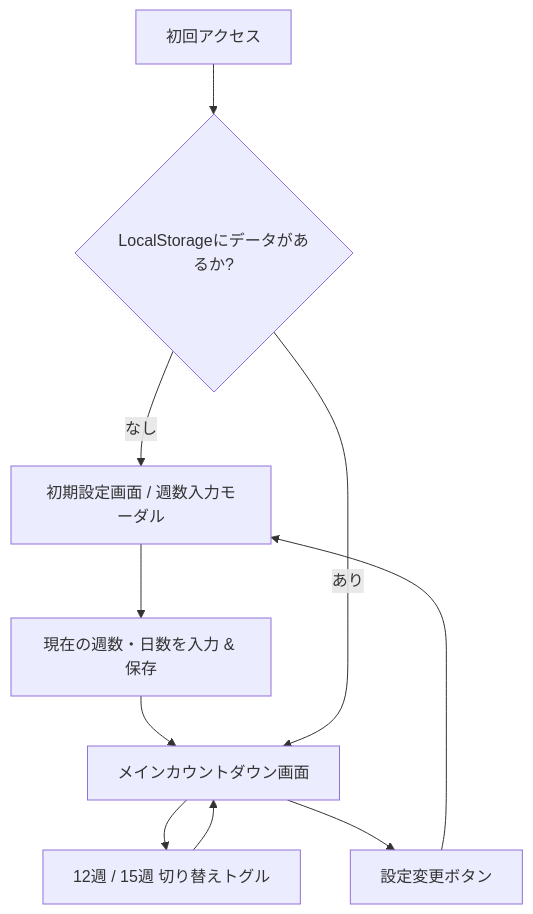
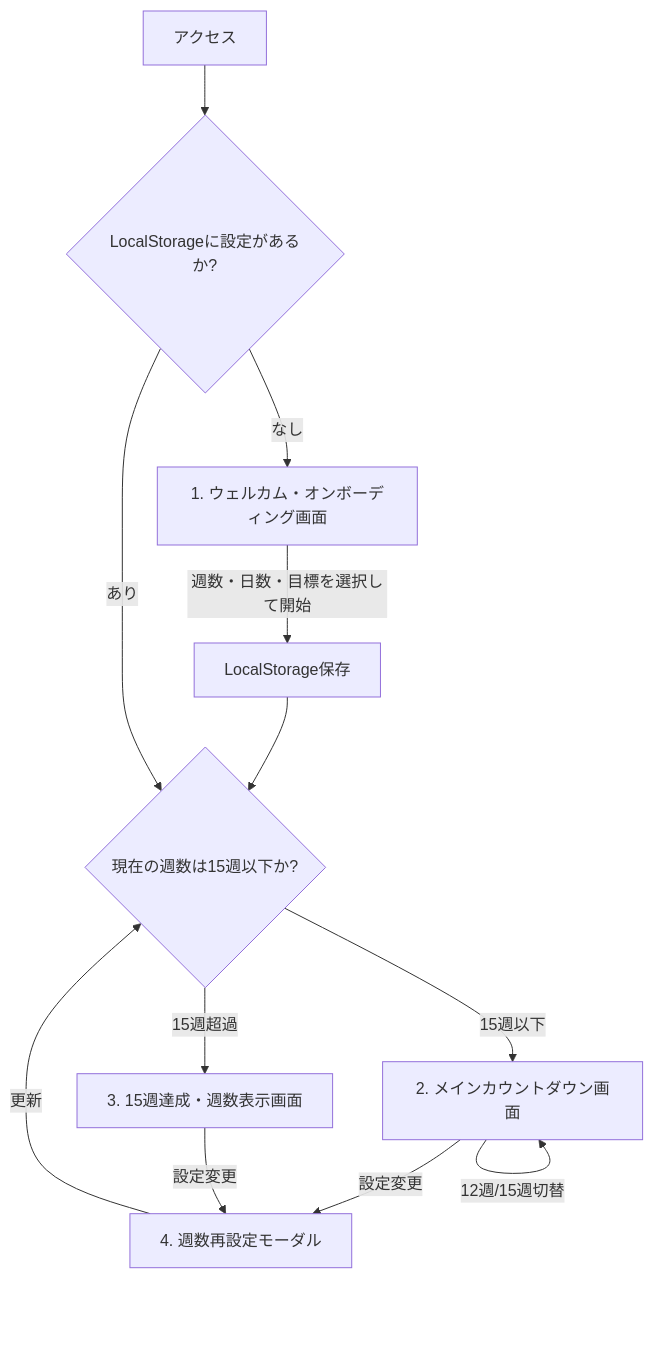
The diagram in PRD.md (tomotomo/tsuwarin), drawn with Mermaid before and after one commit. The commit also changed other lines of this file and 2 other files, not shown here.

````diff
--- a/PRD.md
+++ b/PRD.md
@@ -108,12 +116,14 @@
 ```mermaid
 flowchart TD
-    A[初回アクセス] --> B{LocalStorageにデータがあるか?}
-    B -- なし --> C[初期設定画面 / 週数入力モーダル]
-    C --> D[現在の週数・日数を入力 & 保存]
-    D --> E[メインカウントダウン画面]
+    A[アクセス] --> B{LocalStorageに設定があるか?}
+    B -- なし --> C[1. ウェルカム・オンボーディング画面]
+    C -->|週数・日数・目標を選択して開始| D[LocalStorage保存]
+    D --> E{現在の週数は15週以下か?}
     B -- あり --> E
-    E --> F[12週 / 15週 切り替えトグル]
-    F --> E
-    E --> G[設定変更ボタン]
-    G --> C
+    E -- 15週以下 --> F[2. メインカウントダウン画面]
+    E -- 15週超過 --> G[3. 15週達成・週数表示画面]
+    F -->|12週/15週切替| F
+    F -->|設定変更| H[4. 週数再設定モーダル]
+    G -->|設定変更| H
+    H -->|更新| E
 ```
````
